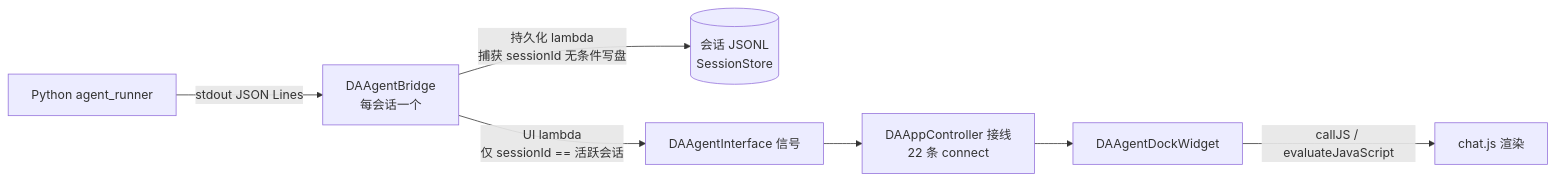
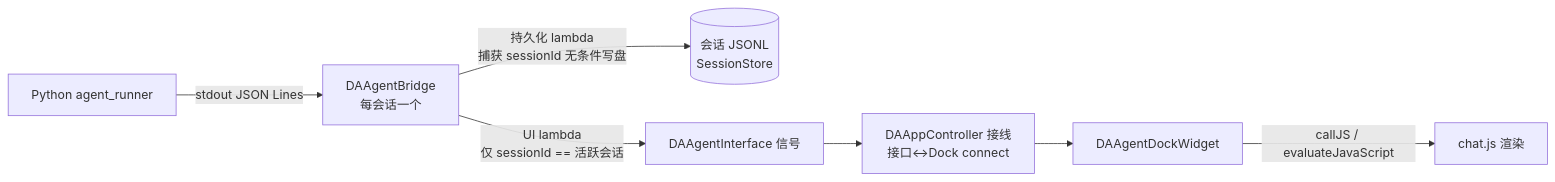
One commit to czyt1988/data-workbench changed the diagram in agent-concurrent-refactor-audit-20260908.md. Above: the diagram before and after it, drawn with Mermaid. The commit also changed other lines of this file, not shown here.

````diff
--- a/agent-concurrent-refactor-audit-20260908.md
+++ b/agent-concurrent-refactor-audit-20260908.md
@@ -44,9 +47,9 @@
 ```mermaid
 flowchart LR
     P[Python agent_runner] -->|stdout JSON Lines| B[DAAgentBridge<br/>每会话一个]
     B -->|持久化 lambda<br/>捕获 sessionId 无条件写盘| S[(会话 JSONL<br/>SessionStore)]
     B -->|UI lambda<br/>仅 sessionId == 活跃会话| I[DAAgentInterface 信号]
-    I --> C[DAAppController 接线<br/>22 条 connect]
+    I --> C[DAAppController 接线<br/>接口↔Dock connect]
     C --> D[DAAgentDockWidget]
     D -->|callJS / evaluateJavaScript| J[chat.js 渲染]
 ```
````
